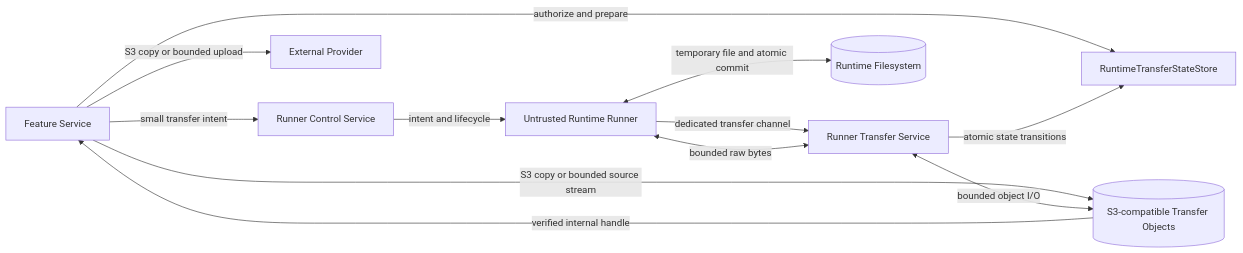
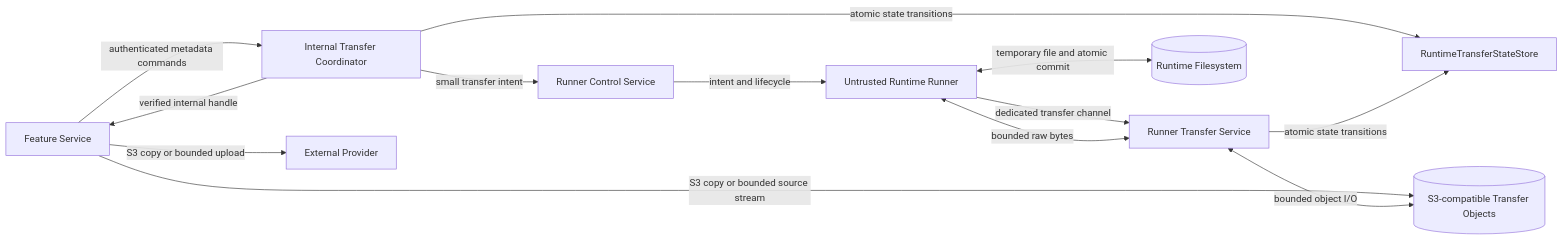
Before and after one commit to azents/azents: the first of 4 diagrams in docs/azents/design/transfer-260725-runtime-file-transfer.md, drawn with Mermaid. The commit also changed other lines of this file and 1 other file, not shown here.

Commit message:
Clarify transfer state process ownership

````diff
--- a/docs/azents/design/transfer-260725-runtime-file-transfer.md
+++ b/docs/azents/design/transfer-260725-runtime-file-transfer.md
@@ -29,25 +33,27 @@
 ```mermaid
 flowchart LR
     Feature[Feature Service]
+    Coordinator[Internal Transfer Coordinator]
     Control[Runner Control Service]
     Transfer[Runner Transfer Service]
     State[RuntimeTransferStateStore]
     S3[(S3-compatible Transfer Objects)]
     Runner[Untrusted Runtime Runner]
     FS[(Runtime Filesystem)]
     Provider[External Provider]
 
-    Feature -->|authorize and prepare| State
+    Feature -->|authenticated metadata commands| Coordinator
+    Coordinator -->|atomic state transitions| State
     Feature -->|S3 copy or bounded source stream| S3
-    Feature -->|small transfer intent| Control
+    Coordinator -->|small transfer intent| Control
     Control -->|intent and lifecycle| Runner
 
     Runner -->|dedicated transfer channel| Transfer
     Transfer -->|atomic state transitions| State
     Transfer <-->|bounded object I/O| S3
     Runner <-->|bounded raw bytes| Transfer
     Runner <-->|temporary file and atomic commit| FS
 
-    S3 -->|verified internal handle| Feature
+    Coordinator -->|verified internal handle| Feature
     Feature -->|S3 copy or bounded upload| Provider
 ```
````
